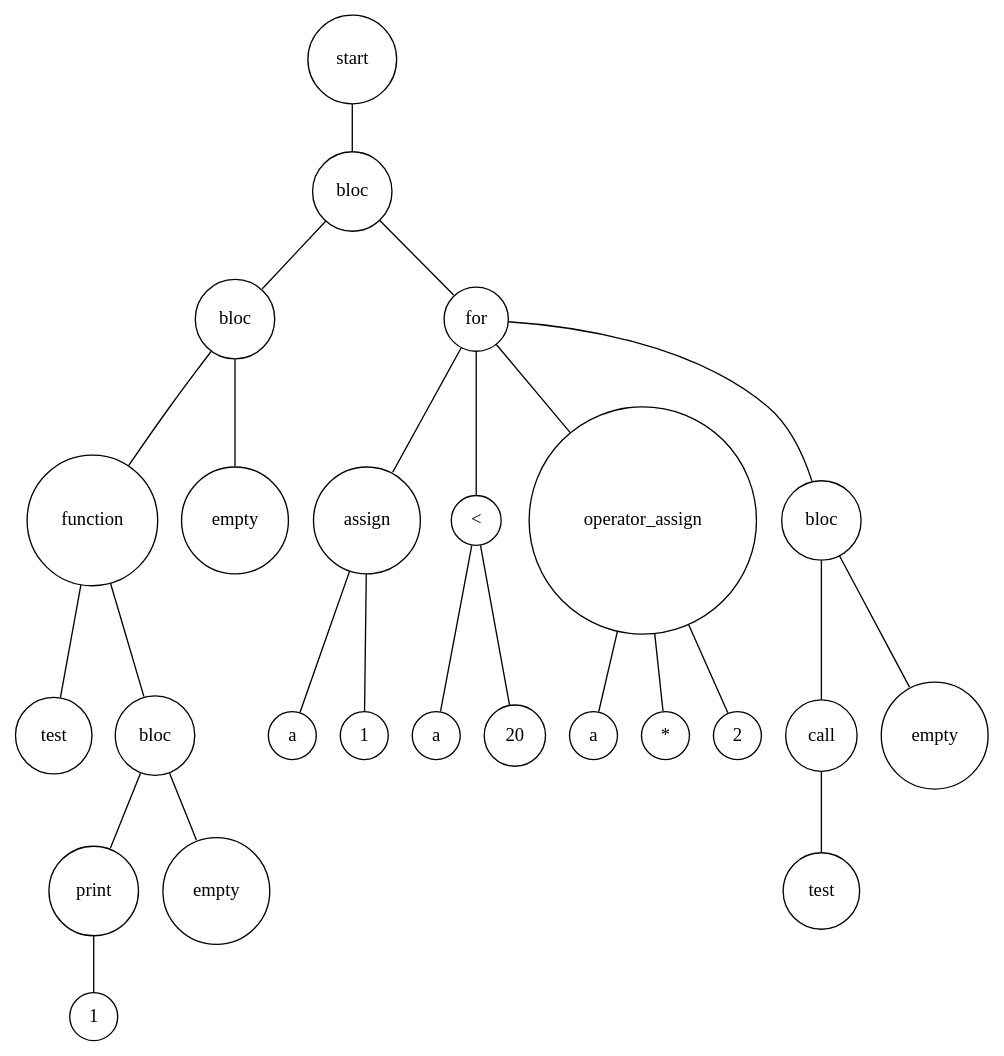
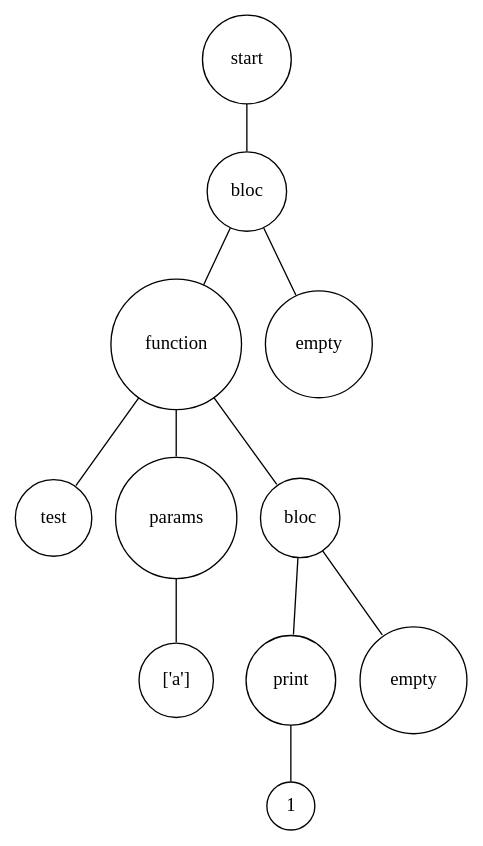
The diagram in Digraph.gv (louisdrf/pyterpreter), drawn with Graphviz before and after one commit. The commit also changed 5 other files, not shown here.

Commit message:
keep function parameters in function_params dictionnary : function_name : [param1, param2...]

```diff
--- a/Digraph.gv
+++ b/Digraph.gv
@@ -1,52 +1,24 @@
 digraph {
 	node [shape=circle]
-	"091fd1f2-1a41-4c61-ba21-bbdf53bc69fc" [label=start]
-	"8ab33fbe-684e-413a-a8c5-ae566a7b953a" [label=bloc]
-	"a625ac82-d7fe-457f-9c8b-a26d6740bd71" [label=bloc]
-	"34feb94e-0933-41b7-968b-b6073f90984a" [label=function]
-	"579b52cf-39f9-4810-a5cd-9459b326878f" [label=test]
-	"34feb94e-0933-41b7-968b-b6073f90984a" -> "579b52cf-39f9-4810-a5cd-9459b326878f" [arrowsize=0]
-	"0d23918c-f3a8-43bd-b55f-39f8f689e6fd" [label=bloc]
-	"733ab2bc-a1a2-44ca-b0a1-33847edaf84d" [label=print]
-	"8b9a8a4d-e4ae-40d4-8f51-596f51995769" [label=1]
-	"733ab2bc-a1a2-44ca-b0a1-33847edaf84d" -> "8b9a8a4d-e4ae-40d4-8f51-596f51995769" [arrowsize=0]
-	"0d23918c-f3a8-43bd-b55f-39f8f689e6fd" -> "733ab2bc-a1a2-44ca-b0a1-33847edaf84d" [arrowsize=0]
-	"c2ae4128-9746-420f-a1d4-ed3f65734851" [label=empty]
-	"0d23918c-f3a8-43bd-b55f-39f8f689e6fd" -> "c2ae4128-9746-420f-a1d4-ed3f65734851" [arrowsize=0]
-	"34feb94e-0933-41b7-968b-b6073f90984a" -> "0d23918c-f3a8-43bd-b55f-39f8f689e6fd" [arrowsize=0]
-	"a625ac82-d7fe-457f-9c8b-a26d6740bd71" -> "34feb94e-0933-41b7-968b-b6073f90984a" [arrowsize=0]
-	"6a4600ec-80a9-4110-b1f0-7cf039a3effb" [label=empty]
-	"a625ac82-d7fe-457f-9c8b-a26d6740bd71" -> "6a4600ec-80a9-4110-b1f0-7cf039a3effb" [arrowsize=0]
-	"8ab33fbe-684e-413a-a8c5-ae566a7b953a" -> "a625ac82-d7fe-457f-9c8b-a26d6740bd71" [arrowsize=0]
-	"39bc838b-e899-4f7a-bb9f-8dfa98927720" [label=for]
-	"8d570639-e70d-4124-bd16-a0722ddc982a" [label=assign]
-	"e46dccaa-b6ad-4b2a-83f1-faad5864eec1" [label=a]
-	"8d570639-e70d-4124-bd16-a0722ddc982a" -> "e46dccaa-b6ad-4b2a-83f1-faad5864eec1" [arrowsize=0]
-	"8e8c7f0f-ade3-4ea1-9070-b1bf41bbafcf" [label=1]
-	"8d570639-e70d-4124-bd16-a0722ddc982a" -> "8e8c7f0f-ade3-4ea1-9070-b1bf41bbafcf" [arrowsize=0]
-	"39bc838b-e899-4f7a-bb9f-8dfa98927720" -> "8d570639-e70d-4124-bd16-a0722ddc982a" [arrowsize=0]
-	"d14960d5-c99c-4c92-9be4-3a4f59b1da3f" [label="<"]
-	"d8f477e1-2ae0-4310-b2c2-6523bba16c28" [label=a]
-	"d14960d5-c99c-4c92-9be4-3a4f59b1da3f" -> "d8f477e1-2ae0-4310-b2c2-6523bba16c28" [arrowsize=0]
-	"29146b67-948f-46f2-9808-db164d3e1694" [label=20]
-	"d14960d5-c99c-4c92-9be4-3a4f59b1da3f" -> "29146b67-948f-46f2-9808-db164d3e1694" [arrowsize=0]
-	"39bc838b-e899-4f7a-bb9f-8dfa98927720" -> "d14960d5-c99c-4c92-9be4-3a4f59b1da3f" [arrowsize=0]
-	"fe7181e4-85e2-4e60-919c-65aa6b7bb1a2" [label=operator_assign]
-	"515f7a45-e1a3-4ce7-b5e9-ef62ceab5794" [label=a]
-	"fe7181e4-85e2-4e60-919c-65aa6b7bb1a2" -> "515f7a45-e1a3-4ce7-b5e9-ef62ceab5794" [arrowsize=0]
-	"22babe5c-7b16-462e-ad24-ebadfcd6f396" [label="*"]
-	"fe7181e4-85e2-4e60-919c-65aa6b7bb1a2" -> "22babe5c-7b16-462e-ad24-ebadfcd6f396" [arrowsize=0]
-	"bd85bb08-b7fc-4ae5-99da-7d8adf541f81" [label=2]
-	"fe7181e4-85e2-4e60-919c-65aa6b7bb1a2" -> "bd85bb08-b7fc-4ae5-99da-7d8adf541f81" [arrowsize=0]
-	"39bc838b-e899-4f7a-bb9f-8dfa98927720" -> "fe7181e4-85e2-4e60-919c-65aa6b7bb1a2" [arrowsize=0]
-	"b2a1a9d6-9397-48ec-afad-9c4ab6c9d5fc" [label=bloc]
-	"a99ff231-ab4e-48eb-a5e1-c2c22d4f1d61" [label=call]
-	"f0607314-eafe-44a0-9e4a-8c2c3e4a1d98" [label=test]
-	"a99ff231-ab4e-48eb-a5e1-c2c22d4f1d61" -> "f0607314-eafe-44a0-9e4a-8c2c3e4a1d98" [arrowsize=0]
-	"b2a1a9d6-9397-48ec-afad-9c4ab6c9d5fc" -> "a99ff231-ab4e-48eb-a5e1-c2c22d4f1d61" [arrowsize=0]
-	"31dfdedd-a40c-43d3-9d04-721d3b67f97c" [label=empty]
-	"b2a1a9d6-9397-48ec-afad-9c4ab6c9d5fc" -> "31dfdedd-a40c-43d3-9d04-721d3b67f97c" [arrowsize=0]
-	"39bc838b-e899-4f7a-bb9f-8dfa98927720" -> "b2a1a9d6-9397-48ec-afad-9c4ab6c9d5fc" [arrowsize=0]
-	"8ab33fbe-684e-413a-a8c5-ae566a7b953a" -> "39bc838b-e899-4f7a-bb9f-8dfa98927720" [arrowsize=0]
-	"091fd1f2-1a41-4c61-ba21-bbdf53bc69fc" -> "8ab33fbe-684e-413a-a8c5-ae566a7b953a" [arrowsize=0]
+	"a4d6ef4f-655c-4dce-96ca-69905b32e24e" [label=start]
+	"c825f318-dc47-4e60-b87d-ae631531c35c" [label=bloc]
+	"858588de-ff46-4957-8678-a8ff1ba1ce66" [label=function]
+	"438c6923-6249-4bf6-ab16-4ceb3db7f9f4" [label=test]
+	"858588de-ff46-4957-8678-a8ff1ba1ce66" -> "438c6923-6249-4bf6-ab16-4ceb3db7f9f4" [arrowsize=0]
+	"fe435f8c-71c2-41c5-96bb-fe6e678d305e" [label=params]
+	"10c3ab8f-c4d1-4e78-8ea9-630fc42cdfe6" [label="['a']"]
+	"fe435f8c-71c2-41c5-96bb-fe6e678d305e" -> "10c3ab8f-c4d1-4e78-8ea9-630fc42cdfe6" [arrowsize=0]
+	"858588de-ff46-4957-8678-a8ff1ba1ce66" -> "fe435f8c-71c2-41c5-96bb-fe6e678d305e" [arrowsize=0]
+	"51122bc5-897f-461a-b0e5-13803f1ada52" [label=bloc]
+	"1cda0fec-035d-445e-86a4-8ebeb74e42c8" [label=print]
+	"b985d959-5ce8-4387-8c5f-6953c655da17" [label=1]
+	"1cda0fec-035d-445e-86a4-8ebeb74e42c8" -> "b985d959-5ce8-4387-8c5f-6953c655da17" [arrowsize=0]
+	"51122bc5-897f-461a-b0e5-13803f1ada52" -> "1cda0fec-035d-445e-86a4-8ebeb74e42c8" [arrowsize=0]
+	"1997f6b1-f2d9-4b91-8962-b65f64fd04aa" [label=empty]
+	"51122bc5-897f-461a-b0e5-13803f1ada52" -> "1997f6b1-f2d9-4b91-8962-b65f64fd04aa" [arrowsize=0]
+	"858588de-ff46-4957-8678-a8ff1ba1ce66" -> "51122bc5-897f-461a-b0e5-13803f1ada52" [arrowsize=0]
+	"c825f318-dc47-4e60-b87d-ae631531c35c" -> "858588de-ff46-4957-8678-a8ff1ba1ce66" [arrowsize=0]
+	"888b7686-56a0-4489-87a6-5fa44639dbdf" [label=empty]
+	"c825f318-dc47-4e60-b87d-ae631531c35c" -> "888b7686-56a0-4489-87a6-5fa44639dbdf" [arrowsize=0]
+	"a4d6ef4f-655c-4dce-96ca-69905b32e24e" -> "c825f318-dc47-4e60-b87d-ae631531c35c" [arrowsize=0]
 }
```
